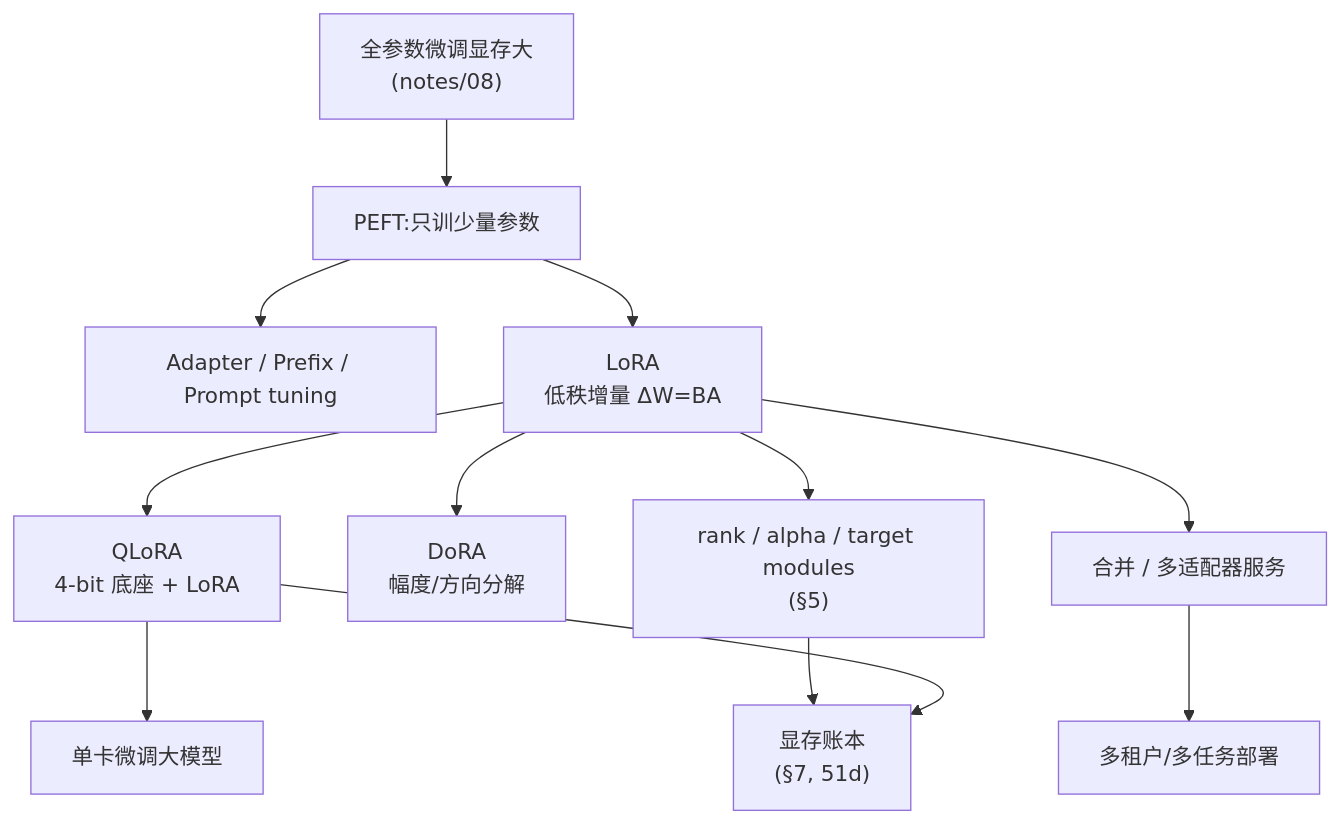
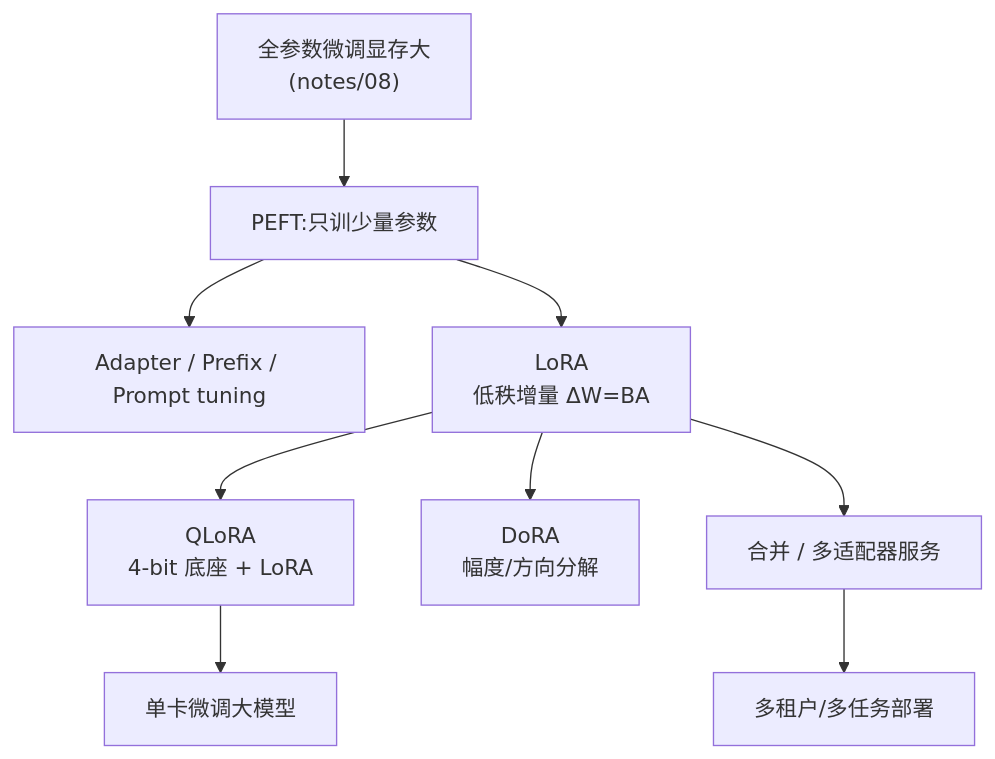
Before and after one commit to Xingkai98/ai-infra-notes-site: the diagram in docs/notes/15_peft_lora.md, drawn with Mermaid. The commit also changed other lines of this file and 27 other files, not shown here.

````diff
--- a/docs/notes/15_peft_lora.md
+++ b/docs/notes/15_peft_lora.md
@@ -28,15 +26,11 @@
 ```mermaid
 graph TD
   A["全参数微调显存大<br/>(notes/08)"] --> B["PEFT:只训少量参数"]
   B --> C["Adapter / Prefix / Prompt tuning"]
   B --> D["LoRA<br/>低秩增量 ΔW=BA"]
   D --> E["QLoRA<br/>4-bit 底座 + LoRA"]
   D --> F["DoRA<br/>幅度/方向分解"]
   D --> G["合并 / 多适配器服务"]
   E --> H["单卡微调大模型"]
   G --> I["多租户/多任务部署"]
-
-  D --> J["rank / alpha / target modules<br/>(§5)"]
-  J --> K["显存账本<br/>(§7, 51d)"]
-  E --> K
 ```
````
